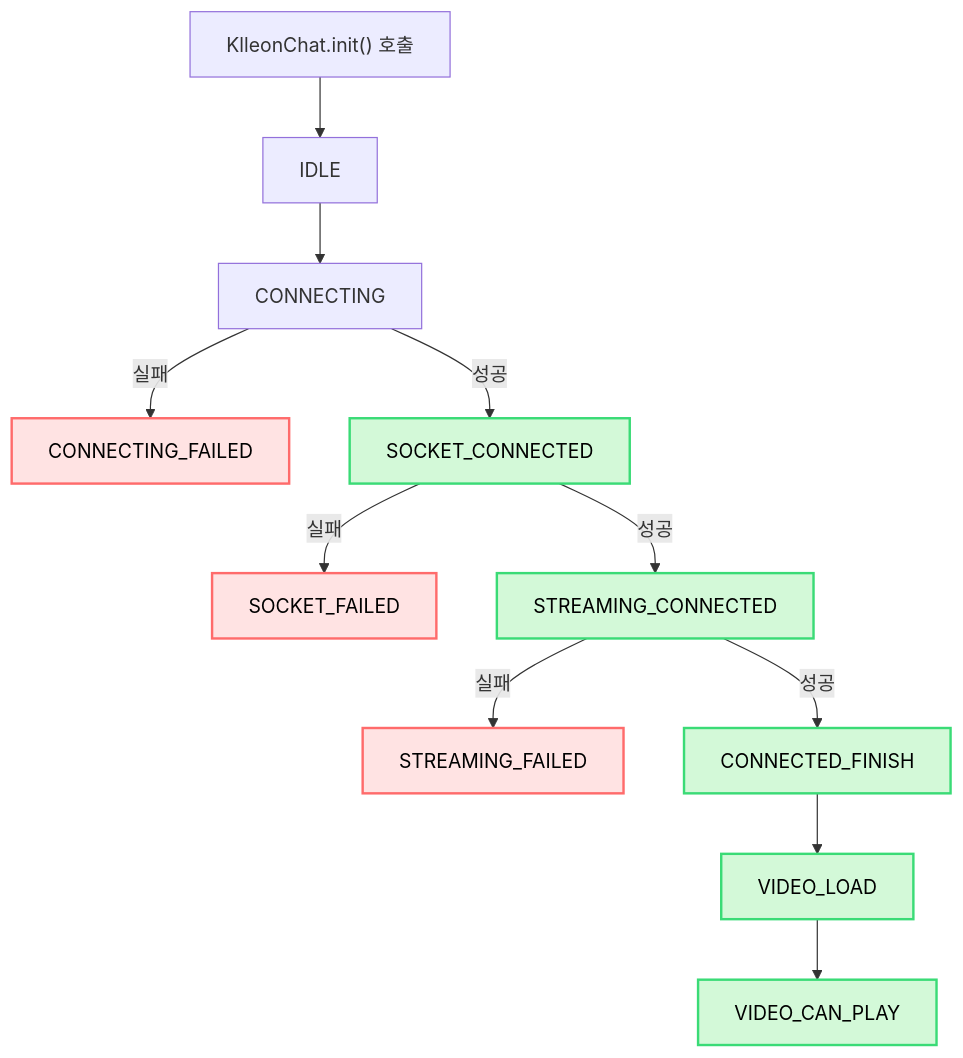
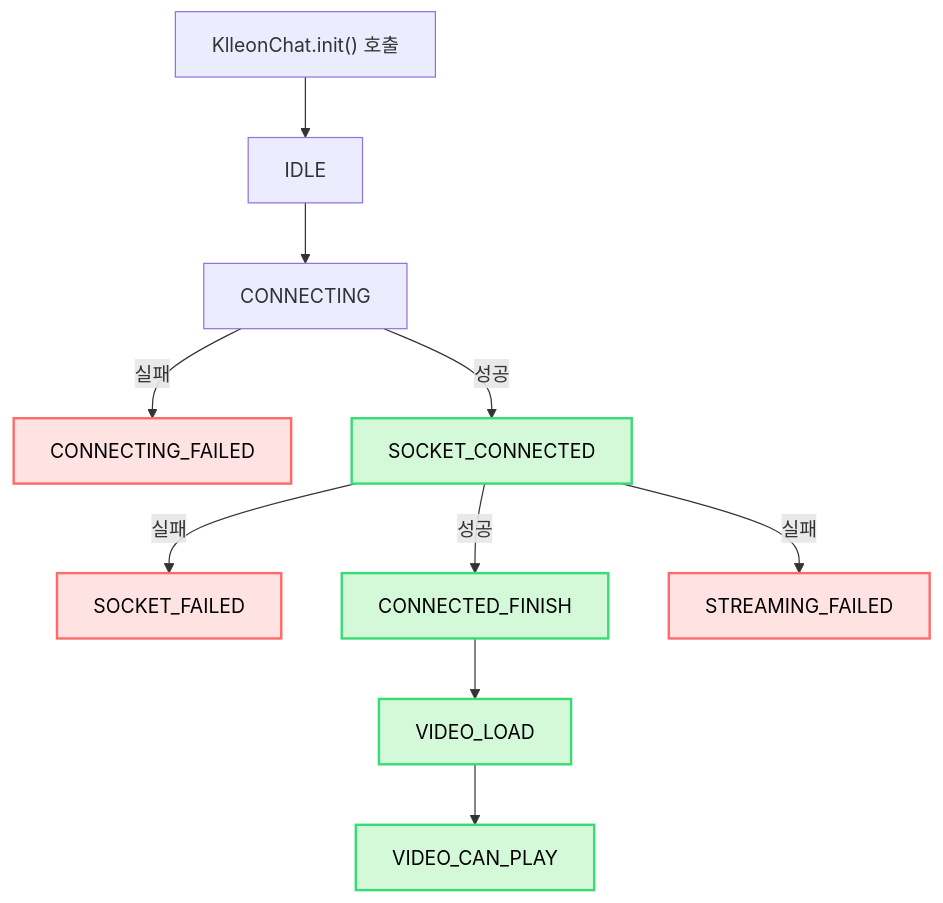
One commit to klleon/web-sdk-docs changed the third of 4 diagrams in docs/03-usage/03-sdk-event.mdx. Above: the diagram before and after it, drawn with Mermaid. The commit also changed other lines of this file and 116 other files, not shown here.

````diff
--- a/docs/03-usage/03-sdk-event.mdx
+++ b/docs/03-usage/03-sdk-event.mdx
@@ -164,20 +164,19 @@
 ```mermaid
 flowchart TD
     INIT["KlleonChat.init() 호출"] --> A[IDLE]
     A --> B[CONNECTING]
     B -->|실패| C[CONNECTING_FAILED]
     B -->|성공| D[SOCKET_CONNECTED]
     D -->|실패| I[SOCKET_FAILED]
-    D -->|성공| E[STREAMING_CONNECTED]
-    E -->|실패| J[STREAMING_FAILED]
-    E -->|성공| H[CONNECTED_FINISH]
+    D -->|성공| H[CONNECTED_FINISH]
+    D -->|실패| J[STREAMING_FAILED]
     H --> F[VIDEO_LOAD]
     F --> G[VIDEO_CAN_PLAY]
 
     %% 스타일 지정
     classDef success fill:#d3f9d8,stroke:#3adb76,stroke-width:2px,color:#000;
     classDef failure fill:#ffe3e3,stroke:#ff6b6b,stroke-width:2px,color:#000;
 
-    class D,E,H,F,G success;
+    class D,H,F,G success;
     class C,I,J failure;
 ```
````
